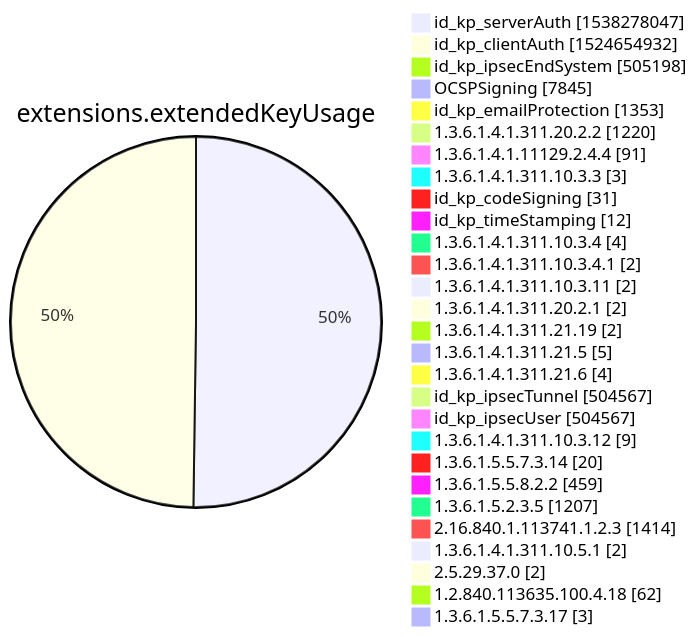
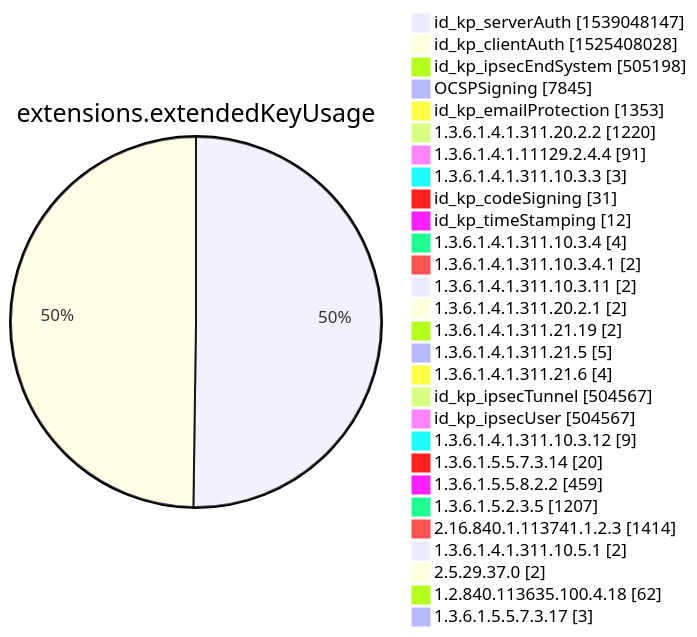
Before and after one commit to christiankrug/ctmonitor_visualization: diagram 12 of 15 in xenon2022/README.md, drawn with Mermaid. The commit also changed other lines of this file, not shown here.

````diff
--- a/xenon2022/README.md
+++ b/xenon2022/README.md
@@ -3880,32 +3880,32 @@
 ```mermaid
 pie showData
 title extensions.extendedKeyUsage
-"id_kp_serverAuth" :1538278047
-"id_kp_clientAuth" :1524654932
+"id_kp_serverAuth" :1539048147
+"id_kp_clientAuth" :1525408028
 "id_kp_ipsecEndSystem" :505198
 "OCSPSigning" :7845
 "id_kp_emailProtection" :1353
 "1.3.6.1.4.1.311.20.2.2" :1220
 "1.3.6.1.4.1.11129.2.4.4" :91
 "1.3.6.1.4.1.311.10.3.3" :3
 "id_kp_codeSigning" :31
 "id_kp_timeStamping" :12
 "1.3.6.1.4.1.311.10.3.4" :4
 "1.3.6.1.4.1.311.10.3.4.1" :2
 "1.3.6.1.4.1.311.10.3.11" :2
 "1.3.6.1.4.1.311.20.2.1" :2
 "1.3.6.1.4.1.311.21.19" :2
 "1.3.6.1.4.1.311.21.5" :5
 "1.3.6.1.4.1.311.21.6" :4
 "id_kp_ipsecTunnel" :504567
 "id_kp_ipsecUser" :504567
 "1.3.6.1.4.1.311.10.3.12" :9
 "1.3.6.1.5.5.7.3.14" :20
 "1.3.6.1.5.5.8.2.2" :459
 "1.3.6.1.5.2.3.5" :1207
 "2.16.840.1.113741.1.2.3" :1414
 "1.3.6.1.4.1.311.10.5.1" :2
 "2.5.29.37.0" :2
 "1.2.840.113635.100.4.18" :62
 "1.3.6.1.5.5.7.3.17" :3
 ```
````
